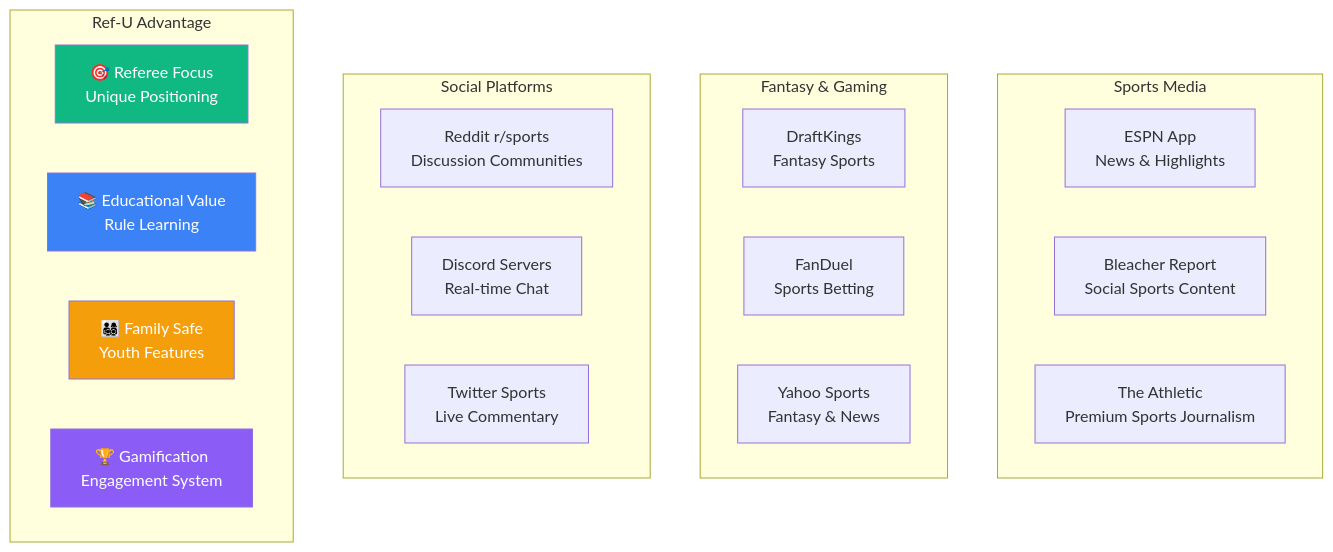
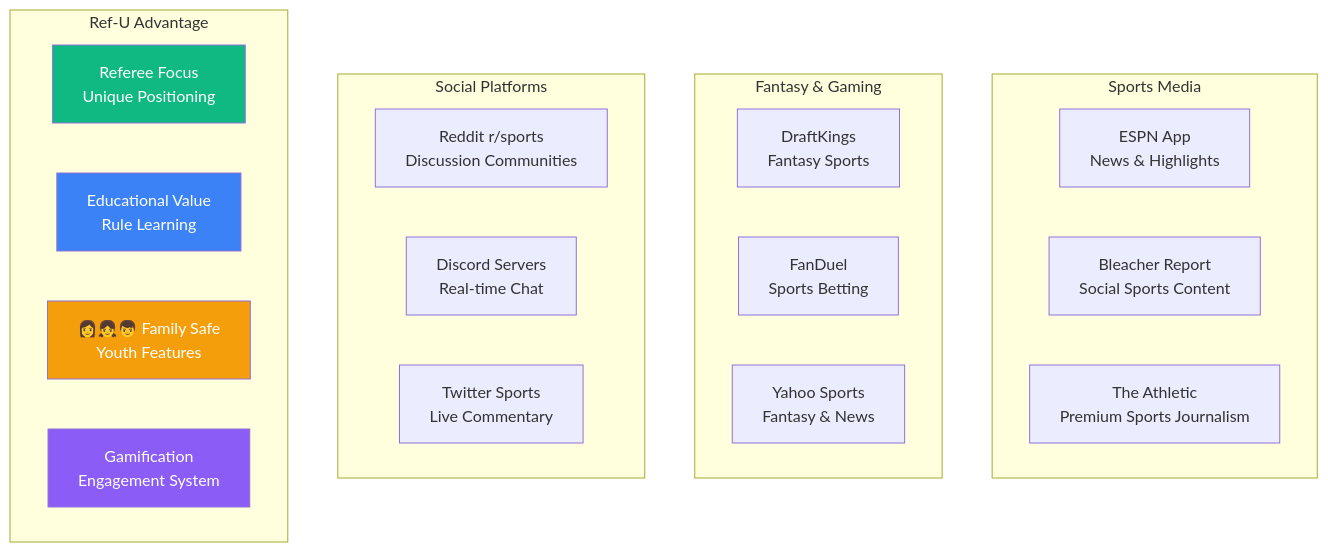
Before and after one commit to SkaFld-Ignite/ref-u-wireframes: the second of 4 diagrams in docs/market-analysis.md, drawn with Mermaid. The commit also changed other lines of this file and 8 other files, not shown here.

````diff
--- a/docs/market-analysis.md
+++ b/docs/market-analysis.md
@@ -33,32 +33,32 @@
 ```mermaid
 graph TB
     subgraph "Sports Media"
         A[ESPN App<br/>News & Highlights]
         B[Bleacher Report<br/>Social Sports Content]
         C[The Athletic<br/>Premium Sports Journalism]
     end
     
     subgraph "Fantasy & Gaming"
         D[DraftKings<br/>Fantasy Sports]
         E[FanDuel<br/>Sports Betting]
         F[Yahoo Sports<br/>Fantasy & News]
     end
     
     subgraph "Social Platforms"
         G[Reddit r/sports<br/>Discussion Communities]
         H[Discord Servers<br/>Real-time Chat]
         I[Twitter Sports<br/>Live Commentary]
     end
     
     subgraph "Ref-U Advantage"
-        J[🎯 Referee Focus<br/>Unique Positioning]
-        K[📚 Educational Value<br/>Rule Learning]
-        L[👨‍👩‍👧‍👦 Family Safe<br/>Youth Features]
-        M[🏆 Gamification<br/>Engagement System]
+        J[ Referee Focus<br/>Unique Positioning]
+        K[ Educational Value<br/>Rule Learning]
+        L[👩👧👦 Family Safe<br/>Youth Features]
+        M[ Gamification<br/>Engagement System]
     end
     
     style J fill:#10b981,color:white
     style K fill:#3b82f6,color:white
     style L fill:#f59e0b,color:white
     style M fill:#8b5cf6,color:white
 ```
````
